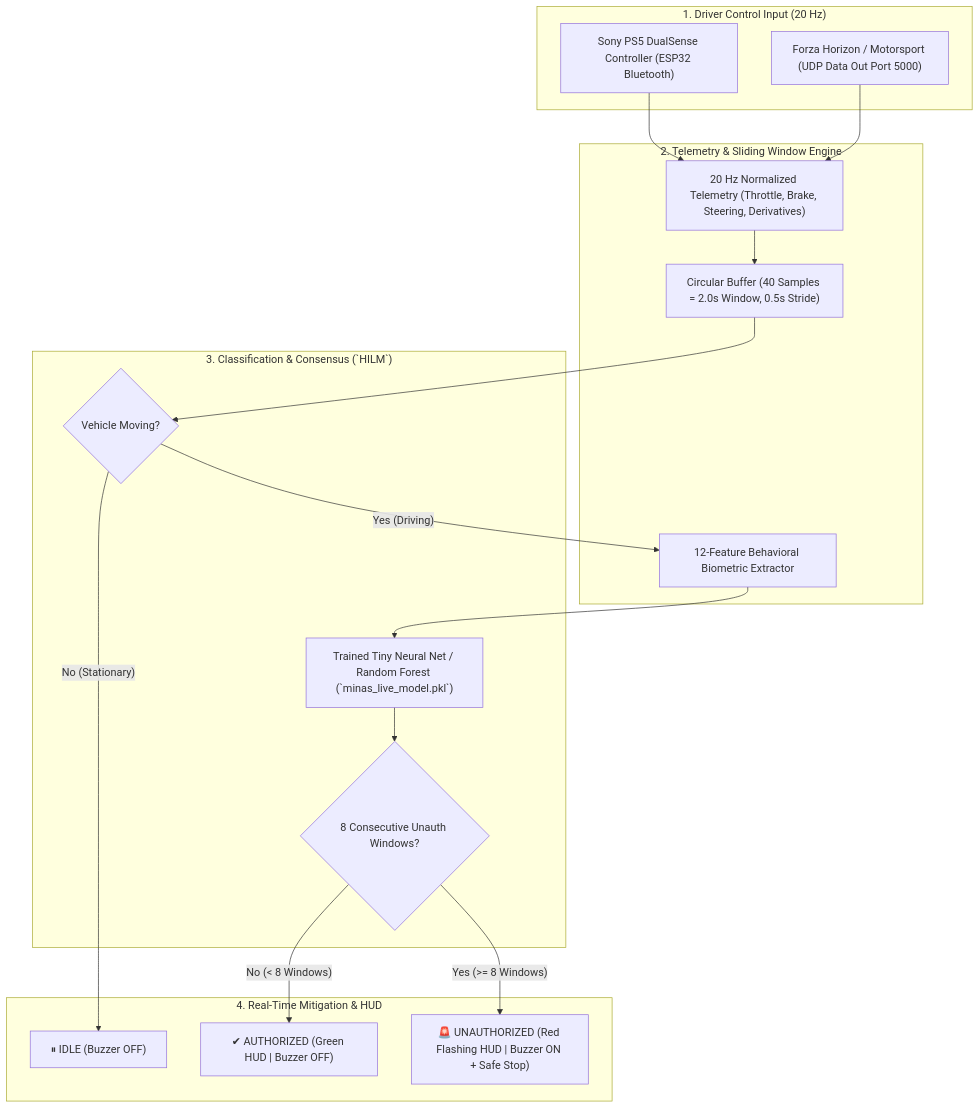
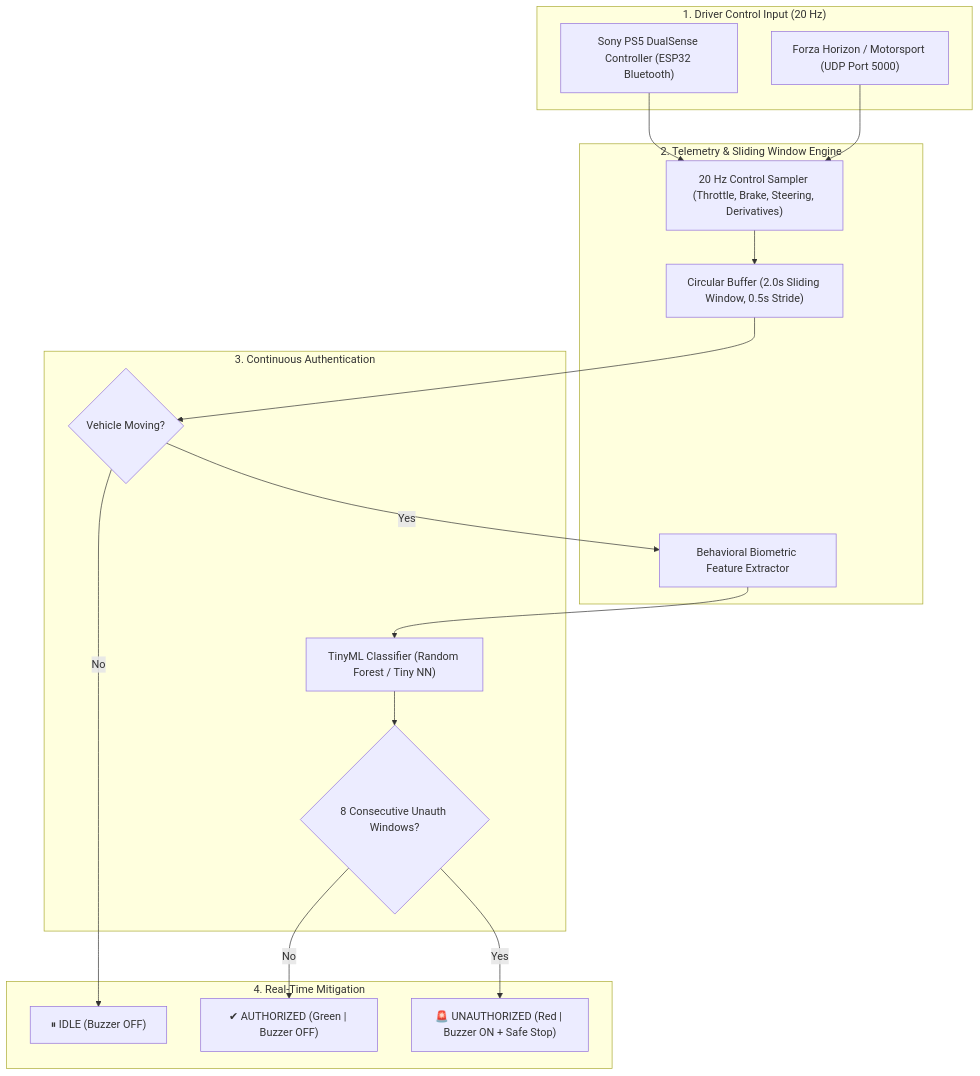
The diagram in README.md (EyalBraun/Minas), drawn with Mermaid before and after one commit. The commit also changed other lines of this file and 1 other file, not shown here.

````diff
--- a/README.md
+++ b/README.md
@@ -50,36 +27,36 @@
 ```mermaid
 flowchart TD
     subgraph Input["1. Driver Control Input (20 Hz)"]
         PS5["Sony PS5 DualSense Controller (ESP32 Bluetooth)"]
-        FORZA["Forza Horizon / Motorsport (UDP Data Out Port 5000)"]
+        FORZA["Forza Horizon / Motorsport (UDP Port 5000)"]
     end
 
     subgraph Core["2. Telemetry & Sliding Window Engine"]
-        SAMPLER["20 Hz Normalized Telemetry (Throttle, Brake, Steering, Derivatives)"]
-        BUF["Circular Buffer (40 Samples = 2.0s Window, 0.5s Stride)"]
-        FEAT["12-Feature Behavioral Biometric Extractor"]
+        SAMPLER["20 Hz Control Sampler (Throttle, Brake, Steering, Derivatives)"]
+        BUF["Circular Buffer (2.0s Sliding Window, 0.5s Stride)"]
+        FEAT["Behavioral Biometric Feature Extractor"]
     end
 
-    subgraph ML["3. Classification & Consensus (`HILM`)"]
-        MODEL["Trained Tiny Neural Net / Random Forest (`minas_live_model.pkl`)"]
+    subgraph ML["3. Continuous Authentication"]
         IDLE_CHK{"Vehicle Moving?"}
+        MODEL["TinyML Classifier (Random Forest / Tiny NN)"]
         STREAK{"8 Consecutive Unauth Windows?"}
     end
 
-    subgraph Action["4. Real-Time Mitigation & HUD"]
+    subgraph Action["4. Real-Time Mitigation"]
         IDLE_ST["⏸ IDLE (Buzzer OFF)"]
-        AUTH_ST["✔ AUTHORIZED (Green HUD | Buzzer OFF)"]
-        UNAUTH_ST["🚨 UNAUTHORIZED (Red Flashing HUD | Buzzer ON + Safe Stop)"]
+        AUTH_ST["✔ AUTHORIZED (Green | Buzzer OFF)"]
+        UNAUTH_ST["🚨 UNAUTHORIZED (Red | Buzzer ON + Safe Stop)"]
     end
 
     PS5 --> SAMPLER
     FORZA --> SAMPLER
     SAMPLER --> BUF
     BUF --> IDLE_CHK
-    IDLE_CHK -->|"No (Stationary)"| IDLE_ST
-    IDLE_CHK -->|"Yes (Driving)"| FEAT
+    IDLE_CHK -->|"No"| IDLE_ST
+    IDLE_CHK -->|"Yes"| FEAT
     FEAT --> MODEL
     MODEL --> STREAK
-    STREAK -->|"No (< 8 Windows)"| AUTH_ST
-    STREAK -->|"Yes (>= 8 Windows)"| UNAUTH_ST
+    STREAK -->|"No"| AUTH_ST
+    STREAK -->|"Yes"| UNAUTH_ST
 ```
````
